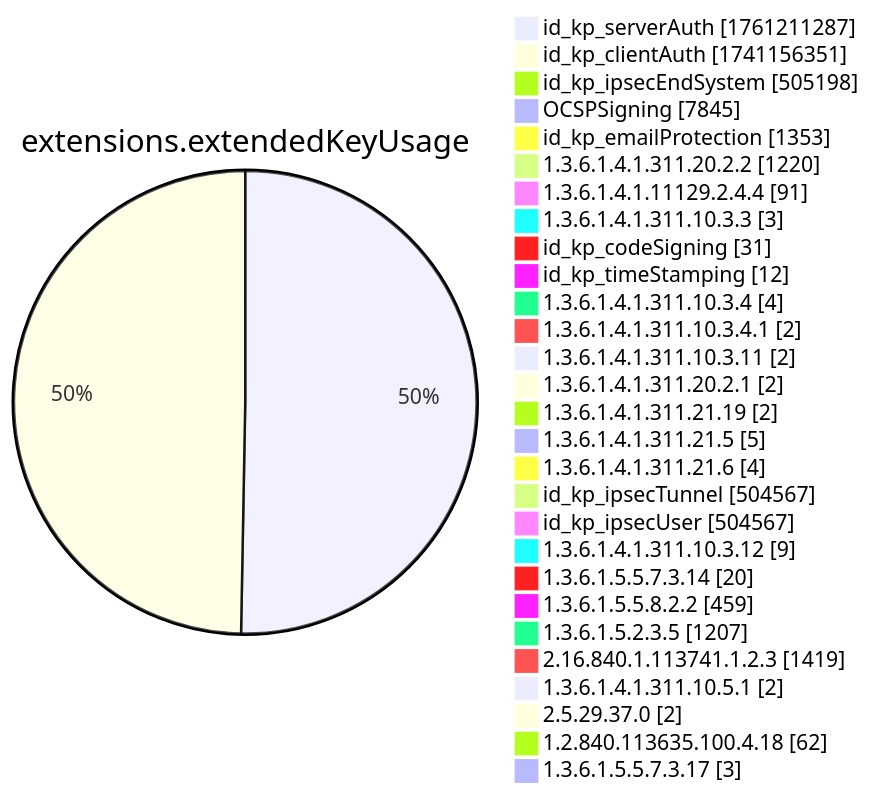
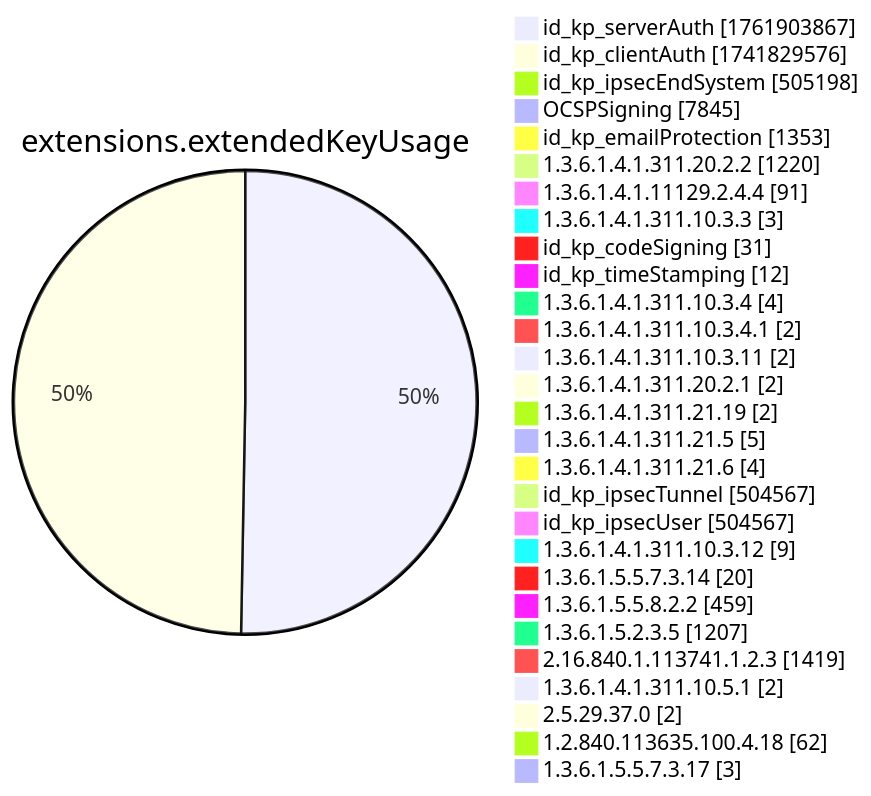
One commit to christiankrug/ctmonitor_visualization changed diagram 12 of 15 in xenon2022/README.md. Above: the diagram before and after it, drawn with Mermaid. The commit also changed other lines of this file, not shown here.

````diff
--- a/xenon2022/README.md
+++ b/xenon2022/README.md
@@ -3892,32 +3893,32 @@
 ```mermaid
 pie showData
 title extensions.extendedKeyUsage
-"id_kp_serverAuth" :1761211287
-"id_kp_clientAuth" :1741156351
+"id_kp_serverAuth" :1761903867
+"id_kp_clientAuth" :1741829576
 "id_kp_ipsecEndSystem" :505198
 "OCSPSigning" :7845
 "id_kp_emailProtection" :1353
 "1.3.6.1.4.1.311.20.2.2" :1220
 "1.3.6.1.4.1.11129.2.4.4" :91
 "1.3.6.1.4.1.311.10.3.3" :3
 "id_kp_codeSigning" :31
 "id_kp_timeStamping" :12
 "1.3.6.1.4.1.311.10.3.4" :4
 "1.3.6.1.4.1.311.10.3.4.1" :2
 "1.3.6.1.4.1.311.10.3.11" :2
 "1.3.6.1.4.1.311.20.2.1" :2
 "1.3.6.1.4.1.311.21.19" :2
 "1.3.6.1.4.1.311.21.5" :5
 "1.3.6.1.4.1.311.21.6" :4
 "id_kp_ipsecTunnel" :504567
 "id_kp_ipsecUser" :504567
 "1.3.6.1.4.1.311.10.3.12" :9
 "1.3.6.1.5.5.7.3.14" :20
 "1.3.6.1.5.5.8.2.2" :459
 "1.3.6.1.5.2.3.5" :1207
 "2.16.840.1.113741.1.2.3" :1419
 "1.3.6.1.4.1.311.10.5.1" :2
 "2.5.29.37.0" :2
 "1.2.840.113635.100.4.18" :62
 "1.3.6.1.5.5.7.3.17" :3
 ```
````
